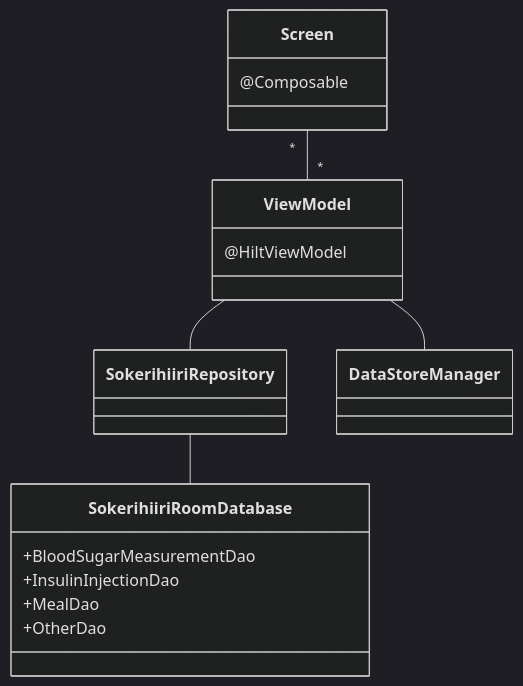
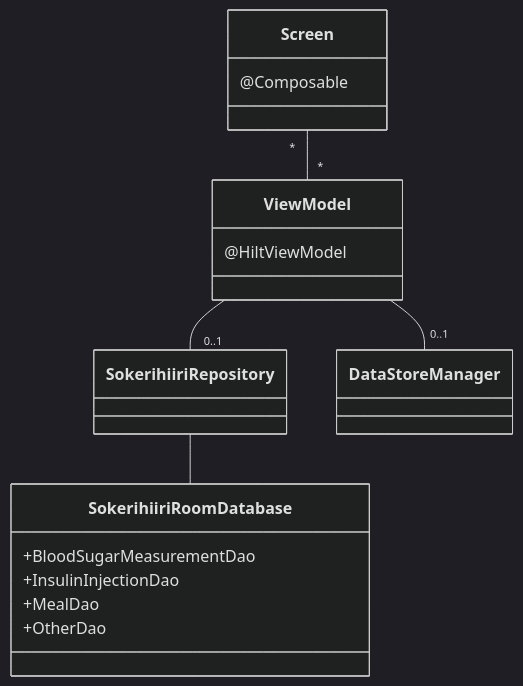
One commit to Desipeli/sokerihiiri changed the diagram in Dokumentaatio/Arkkitehtuuri.md. Above: the diagram before and after it, drawn with Mermaid (dark theme). The commit also changed other lines of this file, not shown here.

````diff
--- a/Dokumentaatio/Arkkitehtuuri.md
+++ b/Dokumentaatio/Arkkitehtuuri.md
@@ -7,23 +8,23 @@
 ```mermaid
 classDiagram
     Screen "*" -- "*" ViewModel
-    ViewModel -- SokerihiiriRepository
-    ViewModel -- DataStoreManager
+    ViewModel -- "0..1" SokerihiiriRepository
+    ViewModel -- "0..1" DataStoreManager
     SokerihiiriRepository -- SokerihiiriRoomDatabase
     class Screen{
         @Composable
     }
     class ViewModel{
         @HiltViewModel
     }
     class SokerihiiriRepository{
     }
     class SokerihiiriRoomDatabase {
         +BloodSugarMeasurementDao
         +InsulinInjectionDao
         +MealDao
         +OtherDao
     }
     class DataStoreManager{
     }
 ```
````
